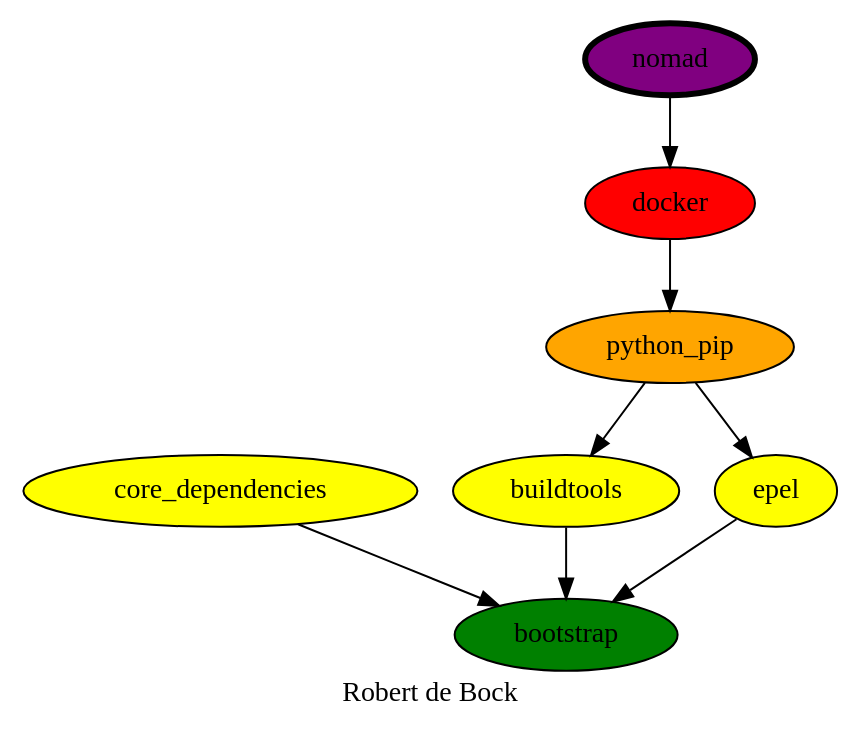
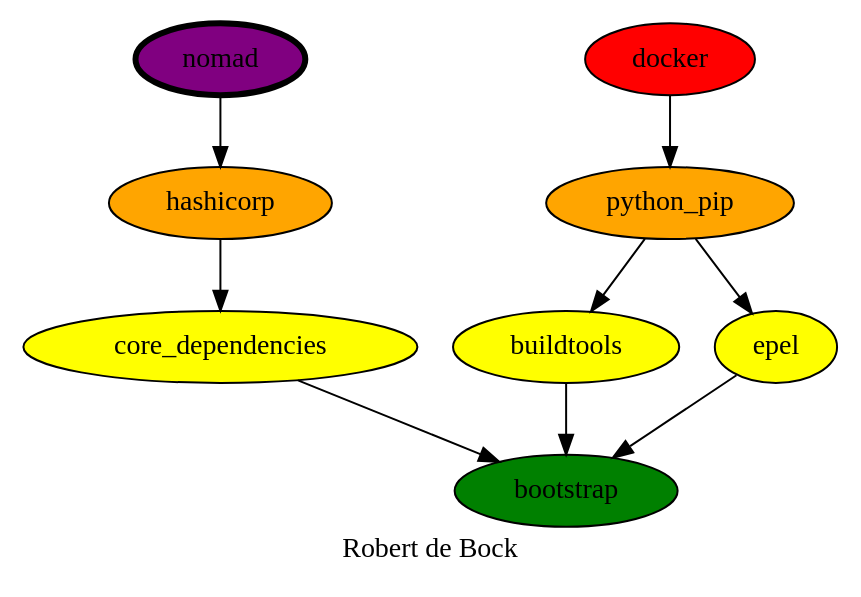
Before and after one commit to robertdebock/drawings: the diagram in nomad.dot, drawn with Graphviz.

Commit message:
A little different.

```diff
--- a/nomad.dot
+++ b/nomad.dot
@@ -1,17 +1,19 @@
 digraph PhiloDilemma {
   label = "Robert de Bock" ;
   overlap=false
   {
     bootstrap [fillcolor=green style=filled]
     "core_dependencies" [fillcolor=yellow style=filled]
     buildtools [fillcolor=yellow style=filled]
     epel [fillcolor=yellow style=filled]
     "python_pip" [fillcolor=orange style=filled]
     docker [fillcolor=red style=filled]
+    hashicorp [fillcolor=orange style=filled]
     nomad [fillcolor=purple style=filled penwidth=3]
   }
   {buildtools "core_dependencies" epel} -> bootstrap
   "python_pip" -> {buildtools epel}
   docker -> "python_pip"
-  nomad -> docker
+  hashicorp -> "core_dependencies"
+  nomad -> hashicorp
 }
```
